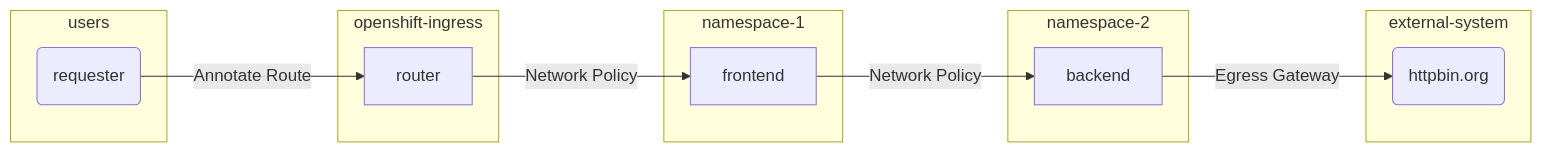
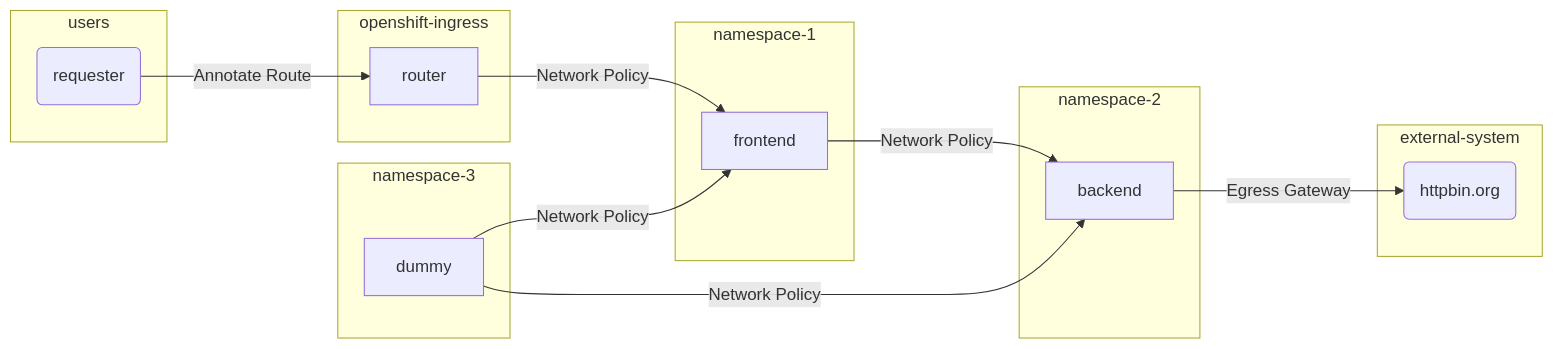
One commit to rhthsa/OpenShift-POC-AppDev changed the diagram in docs/TRAFFIC_CONTROL.md. Above: the diagram before and after it, drawn with Mermaid.

Commit message:
Add diagram

````diff
--- a/docs/TRAFFIC_CONTROL.md
+++ b/docs/TRAFFIC_CONTROL.md
@@ -15,22 +15,28 @@
 ```mermaid
 graph LR
     id1(requester)-- Annotate Route -->router
     subgraph users
     id1(requester)
     end
     router-- Network Policy -->frontend
     subgraph openshift-ingress
     router
     end
     frontend-- Network Policy -->backend
     subgraph namespace-1
     frontend
     end
     subgraph namespace-2
     backend
     end
     backend-- Egress Gateway -->id5(httpbin.org)
     subgraph external-system
     id5(httpbin.org)
     end
+
+    dummy-- Network Policy -->frontend
+    dummy-- Network Policy -->backend
+    subgraph namespace-3
+    dummy
+    end
 ```
````
